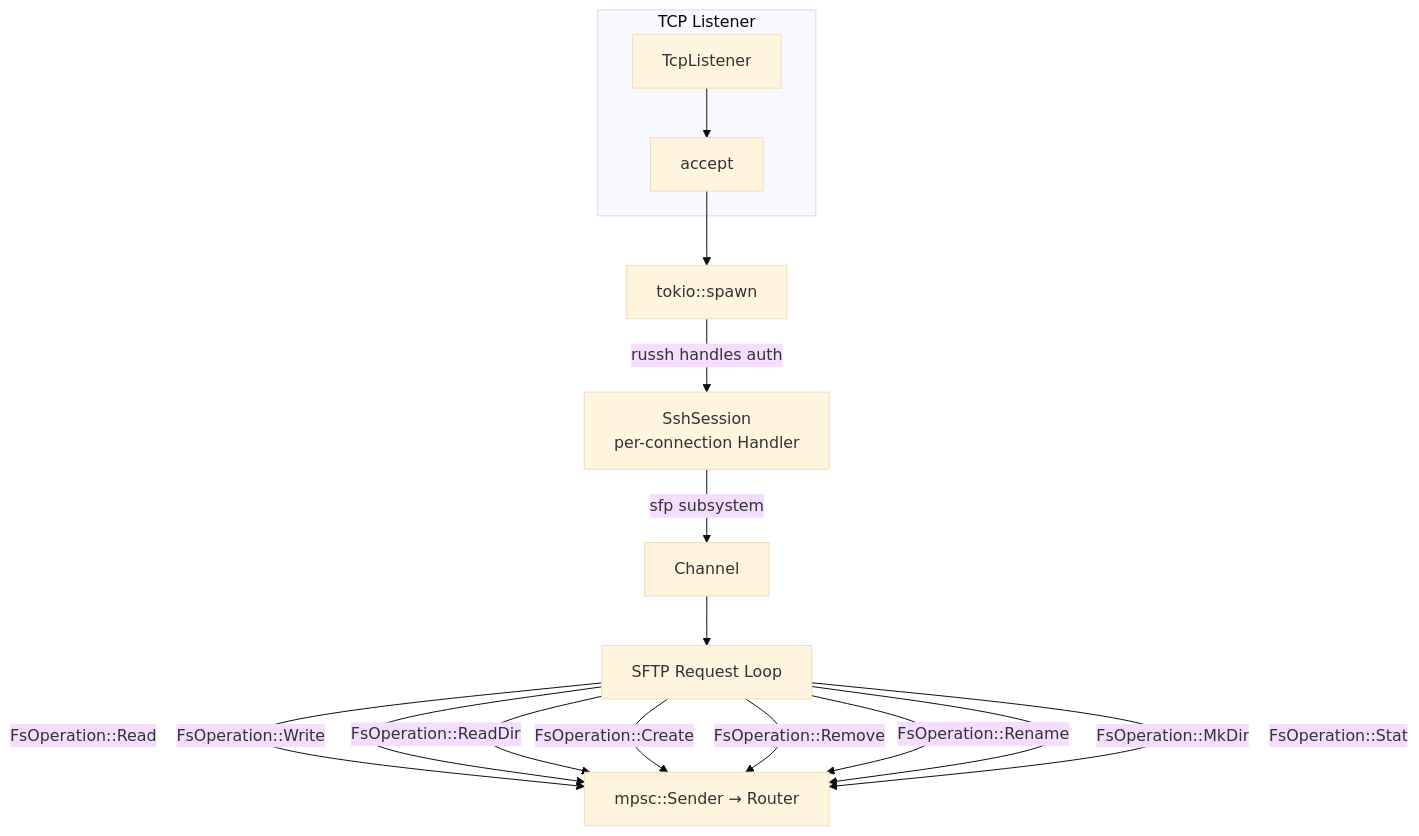
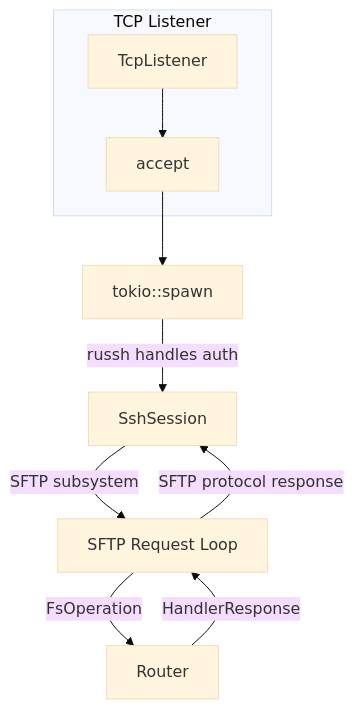
The eighth of 9 diagrams in docs/ARCHITECTURE.md (bubblegutz/pinhead), drawn with Mermaid (base theme) before and after one commit. The commit also changed other lines of this file, not shown here.

````diff
--- a/docs/ARCHITECTURE.md
+++ b/docs/ARCHITECTURE.md
@@ -166,18 +166,12 @@
 ```mermaid
 flowchart TB
     subgraph Accept["TCP Listener"]
         S[TcpListener] --> ACC[accept]
     end
-    ACC --> SPAWN["tokio::spawn"]
-    SPAWN -->|russh handles auth| SESSION[SshSession\nper-connection Handler]
-    SESSION -->|sfp subsystem| CHAN["Channel<Msg>"]
-    CHAN --> SFTP["SFTP Request Loop"]
-    SFTP -->|"FsOperation::Read"| REQ["mpsc::Sender<Request> → Router"]
-    SFTP -->|"FsOperation::Write"| REQ
-    SFTP -->|"FsOperation::ReadDir"| REQ
-    SFTP -->|"FsOperation::Create"| REQ
-    SFTP -->|"FsOperation::Remove"| REQ
-    SFTP -->|"FsOperation::Rename"| REQ
-    SFTP -->|"FsOperation::MkDir"| REQ
-    SFTP -->|"FsOperation::Stat"| REQ
+    ACC --> SP["tokio::spawn"]
+    SP -->|russh handles auth| SS[SshSession]
+    SS -->|SFTP subsystem| SFTP[SFTP Request Loop]
+    SFTP -->|FsOperation| REQ["Router"]
+    REQ -->|HandlerResponse| SFTP
+    SFTP -->|SFTP protocol response| SS
 ```
````
